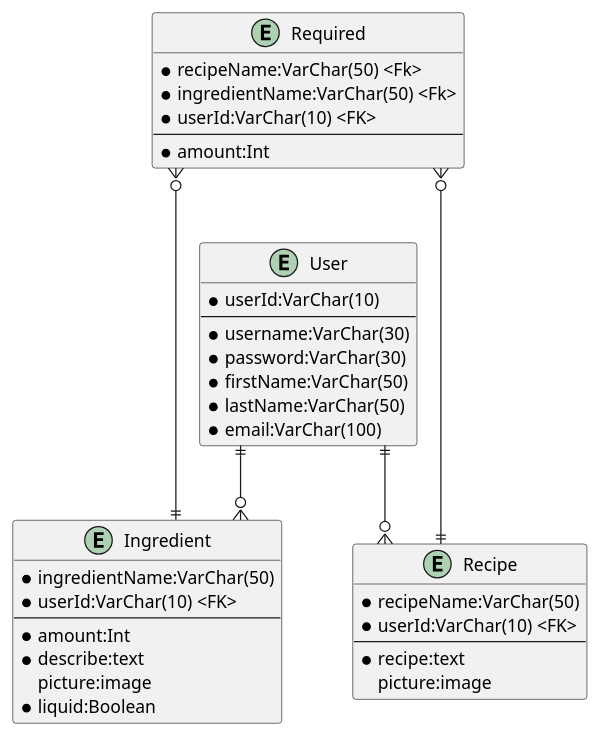
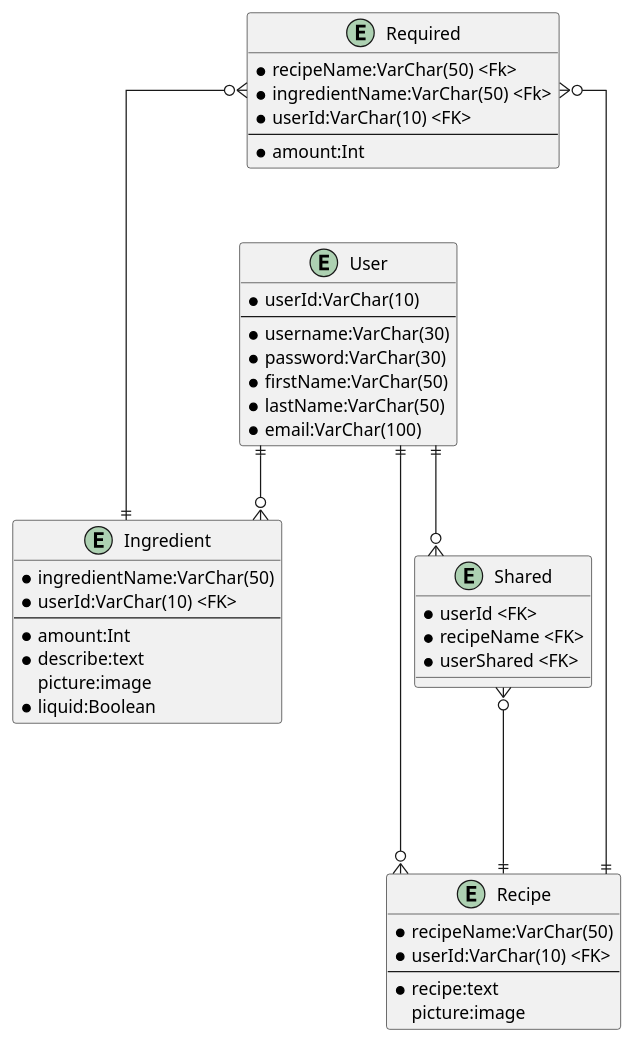
One commit to bluewolf44/PantryPal changed the diagram in Diagrams/BTeamERD.puml. Above: the diagram before and after it, drawn with PlantUML.

Commit message:
updated erd to add shared

```diff
--- a/Diagrams/BTeamERD.puml
+++ b/Diagrams/BTeamERD.puml
@@ -1,47 +1,55 @@
 @startuml
 
 skinparam linetype polyline
 skinparam linetype ortho
 
     entity User {
         * userId:VarChar(10)
         --
         * username:VarChar(30)
         * password:VarChar(30)
         * firstName:VarChar(50)
         * lastName:VarChar(50)
         * email:VarChar(100)
     }
 
     entity Ingredient {
         * ingredientName:VarChar(50)
         * userId:VarChar(10) <FK>
         --
         * amount:Int
         * describe:text
         picture:image
         * liquid:Boolean
     }
 
     entity Recipe {
         * recipeName:VarChar(50)
         * userId:VarChar(10) <FK>
         --
         * recipe:text
         picture:image
     }
 
     entity Required {
         * recipeName:VarChar(50) <Fk>
         * ingredientName:VarChar(50) <Fk>
         * userId:VarChar(10) <FK>
         --
         * amount:Int
     }
 
+    entity Shared {
+        * userId <FK>
+        * recipeName <FK>
+        * userShared <FK>
+    }
+
     User ||--o{ Ingredient
     User ||--o{ Recipe
     Required }o---|| Recipe
     Required }o---|| Ingredient
+    Shared }o---||Recipe
+    User ||--o{Shared
 
 @enduml
```
